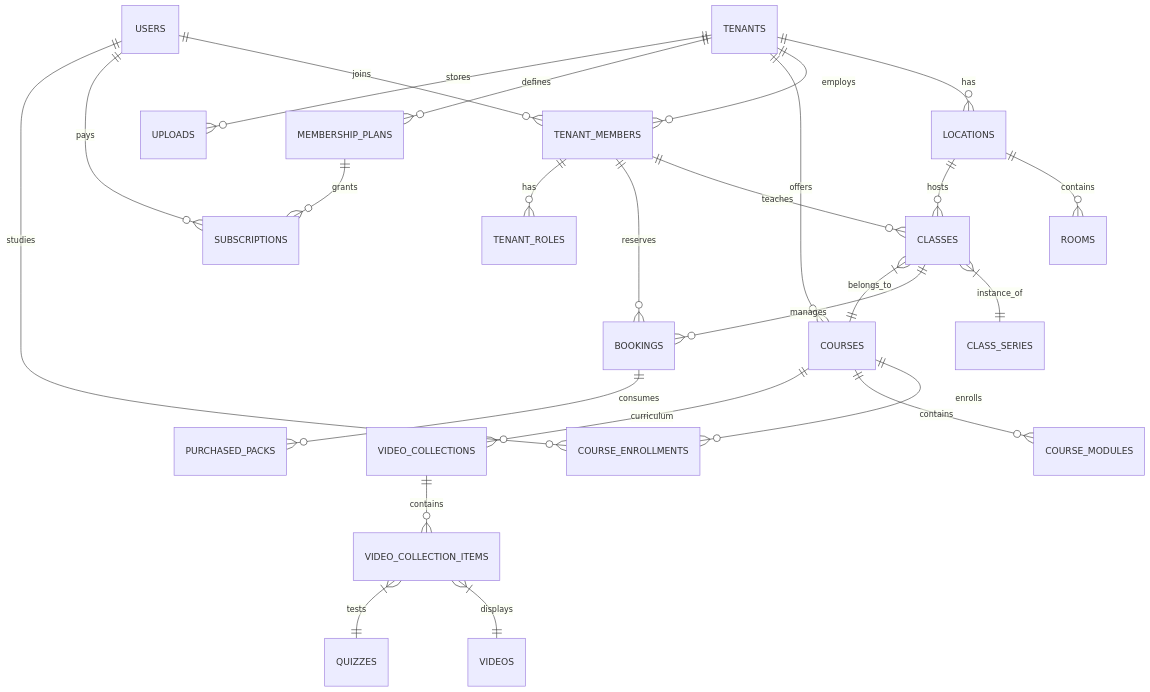
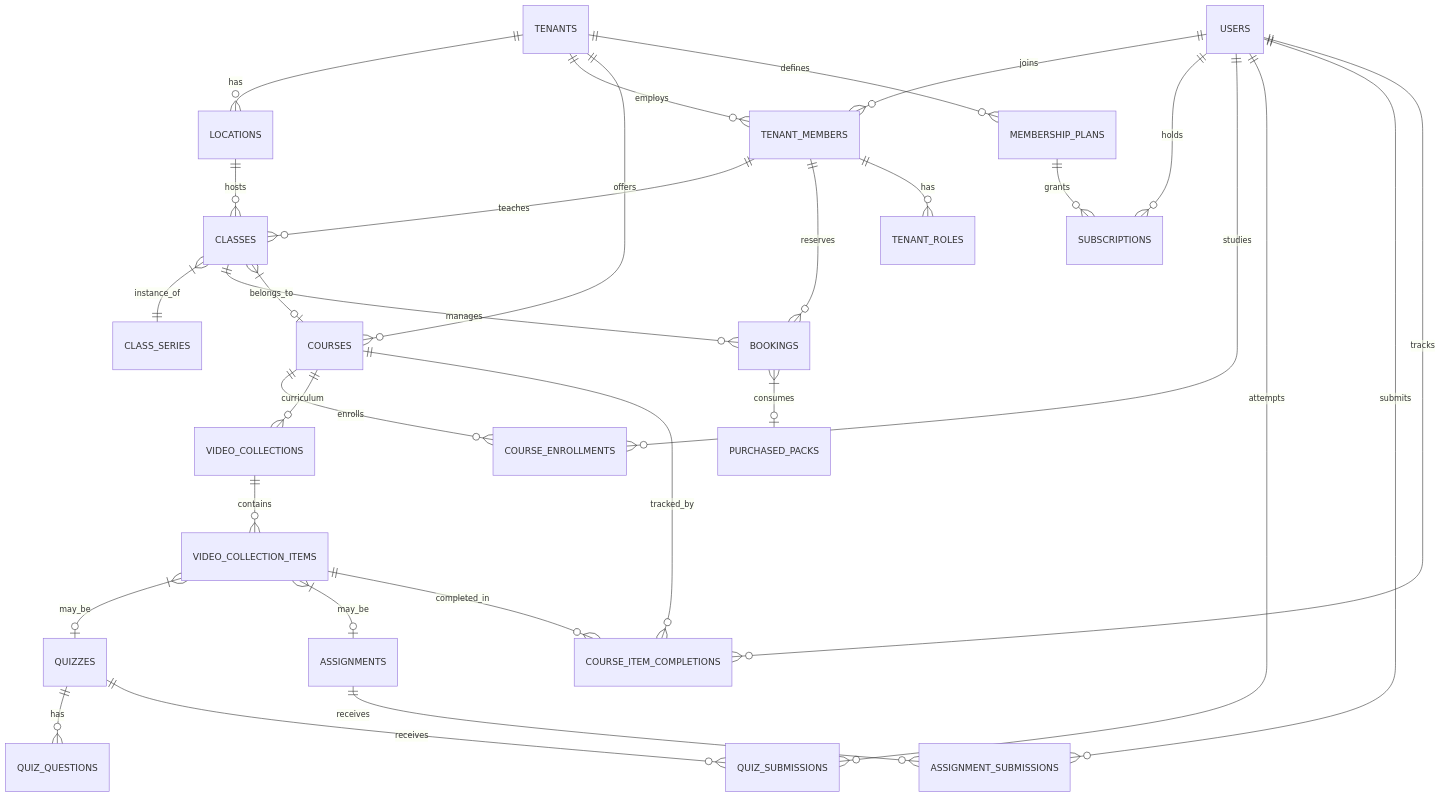
Before and after one commit to slichti/studio-platform-dev: the first of 3 diagrams in README.md, drawn with Mermaid. The commit also changed other lines of this file and 5 other files, not shown here.

````diff
--- a/README.md
+++ b/README.md
@@ -19,35 +20,40 @@
 ```mermaid
 erDiagram
     TENANTS ||--o{ LOCATIONS : has
     TENANTS ||--o{ TENANT_MEMBERS : employs
     TENANTS ||--o{ COURSES : offers
     TENANTS ||--o{ MEMBERSHIP_PLANS : defines
-    TENANTS ||--o{ UPLOADS : stores
-    
+
     USERS ||--o{ TENANT_MEMBERS : joins
-    USERS ||--o{ SUBSCRIPTIONS : pays
+    USERS ||--o{ SUBSCRIPTIONS : holds
     USERS ||--o{ COURSE_ENROLLMENTS : studies
-    
+    USERS ||--o{ QUIZ_SUBMISSIONS : attempts
+    USERS ||--o{ ASSIGNMENT_SUBMISSIONS : submits
+    USERS ||--o{ COURSE_ITEM_COMPLETIONS : tracks
+
     TENANT_MEMBERS ||--o{ CLASSES : teaches
     TENANT_MEMBERS ||--o{ BOOKINGS : reserves
     TENANT_MEMBERS ||--o{ TENANT_ROLES : has
-    
-    LOCATIONS ||--o{ ROOMS : contains
+
     LOCATIONS ||--o{ CLASSES : hosts
-    
+
     CLASSES }|--|| CLASS_SERIES : instance_of
     CLASSES ||--o{ BOOKINGS : manages
-    CLASSES }|--|| COURSES : belongs_to
-    
+    CLASSES }|--o| COURSES : belongs_to
+
     COURSES ||--o{ COURSE_ENROLLMENTS : enrolls
-    COURSES ||--o{ COURSE_MODULES : contains
     COURSES ||--o{ VIDEO_COLLECTIONS : curriculum
-    
+    COURSES ||--o{ COURSE_ITEM_COMPLETIONS : tracked_by
+
     VIDEO_COLLECTIONS ||--o{ VIDEO_COLLECTION_ITEMS : contains
-    VIDEO_COLLECTION_ITEMS }|--|| VIDEOS : displays
-    VIDEO_COLLECTION_ITEMS }|--|| QUIZZES : tests
-    
+    VIDEO_COLLECTION_ITEMS }|--o| QUIZZES : may_be
+    VIDEO_COLLECTION_ITEMS }|--o| ASSIGNMENTS : may_be
+    VIDEO_COLLECTION_ITEMS ||--o{ COURSE_ITEM_COMPLETIONS : completed_in
+
+    QUIZZES ||--o{ QUIZ_QUESTIONS : has
+    QUIZZES ||--o{ QUIZ_SUBMISSIONS : receives
+    ASSIGNMENTS ||--o{ ASSIGNMENT_SUBMISSIONS : receives
+
     MEMBERSHIP_PLANS ||--o{ SUBSCRIPTIONS : grants
-    
-    BOOKINGS ||--o{ PURCHASED_PACKS : consumes
+    BOOKINGS }|--o| PURCHASED_PACKS : consumes
 ```
````
